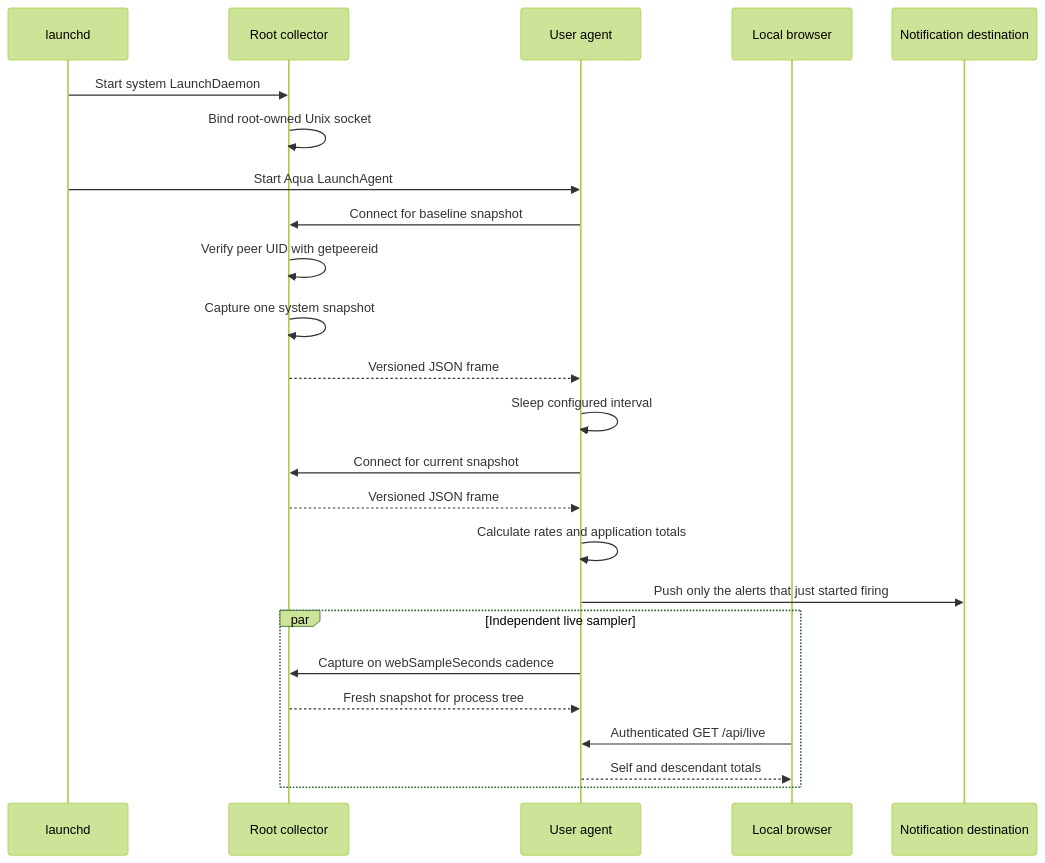
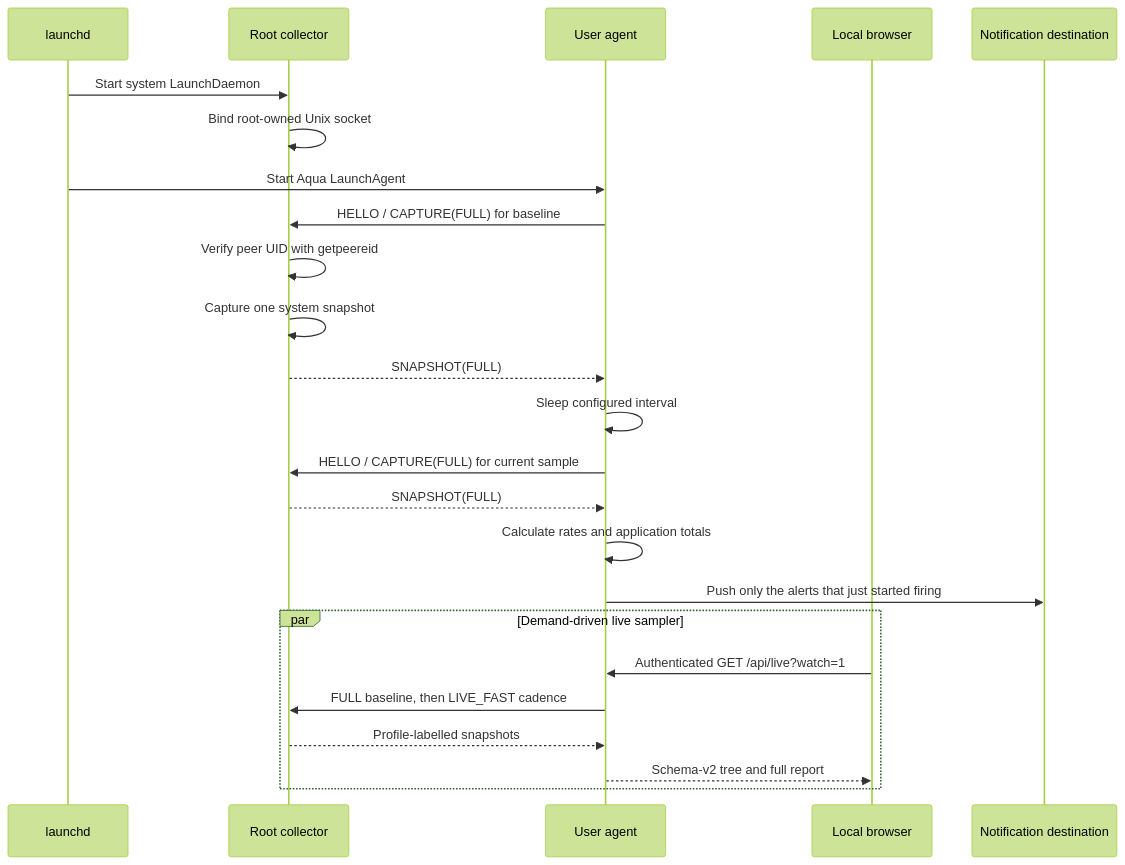
One commit to Heapy/harmon changed the diagram in docs/architecture.md. Above: the diagram before and after it, drawn with Mermaid (forest theme). The commit also changed other lines of this file and 33 other files, not shown here.

Commit message:
feat: make live sampling demand driven

````diff
--- a/docs/architecture.md
+++ b/docs/architecture.md
@@ -111,27 +111,27 @@
 ```mermaid
 sequenceDiagram
     participant L as launchd
     participant C as Root collector
     participant A as User agent
     participant U as Local browser
     participant D as Notification destination
 
     L->>C: Start system LaunchDaemon
     C->>C: Bind root-owned Unix socket
     L->>A: Start Aqua LaunchAgent
-    A->>C: Connect for baseline snapshot
+    A->>C: HELLO / CAPTURE(FULL) for baseline
     C->>C: Verify peer UID with getpeereid
     C->>C: Capture one system snapshot
-    C-->>A: Versioned JSON frame
+    C-->>A: SNAPSHOT(FULL)
     A->>A: Sleep configured interval
-    A->>C: Connect for current snapshot
-    C-->>A: Versioned JSON frame
+    A->>C: HELLO / CAPTURE(FULL) for current sample
+    C-->>A: SNAPSHOT(FULL)
     A->>A: Calculate rates and application totals
     A->>D: Push only the alerts that just started firing
-    par Independent live sampler
-        A->>C: Capture on webSampleSeconds cadence
-        C-->>A: Fresh snapshot for process tree
-        U->>A: Authenticated GET /api/live
-        A-->>U: Self and descendant totals
+    par Demand-driven live sampler
+        U->>A: Authenticated GET /api/live?watch=1
+        A->>C: FULL baseline, then LIVE_FAST cadence
+        C-->>A: Profile-labelled snapshots
+        A-->>U: Schema-v2 tree and full report
     end
 ```
````
